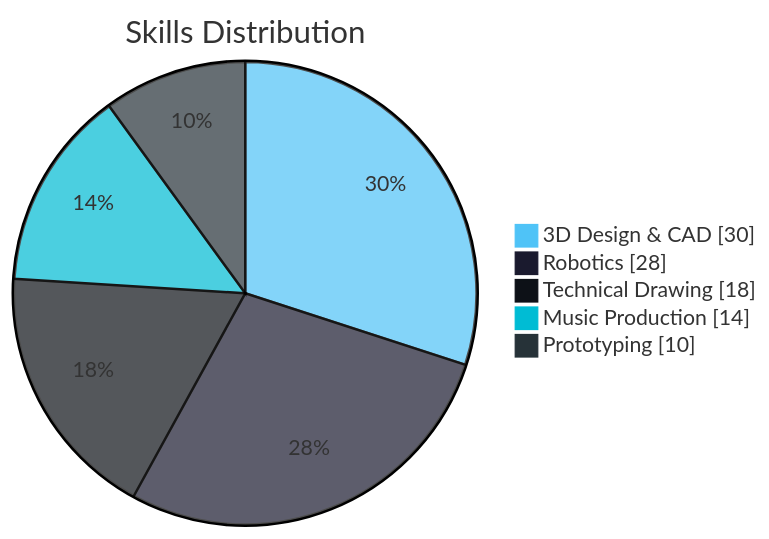
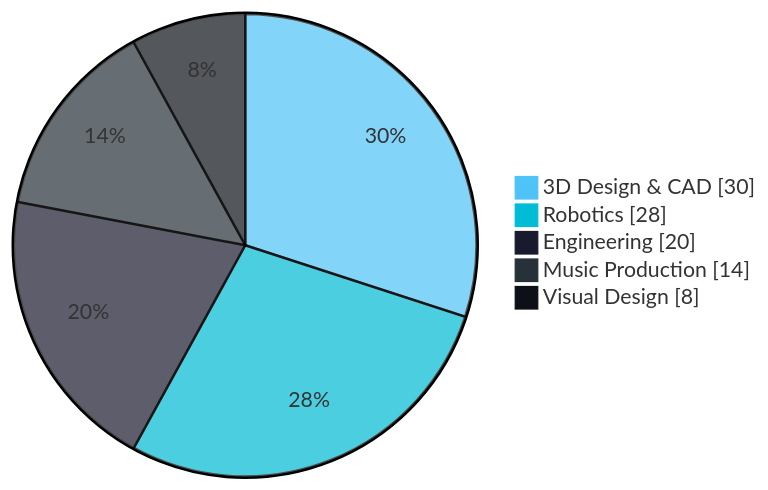
One commit to nasblor/nasblor changed the second of 3 diagrams in readme.md. Above: the diagram before and after it, drawn with Mermaid. The commit also changed other lines of this file, not shown here.

````diff
--- a/readme.md
+++ b/readme.md
@@ -47,10 +85,9 @@
 ```mermaid
-%%{init: {'theme': 'base', 'themeVariables': { 'pie1': '#4FC3F7', 'pie2': '#1a1a2e', 'pie3': '#0D1117', 'pie4': '#00BCD4', 'pie5': '#263238'}}}%%
+%%{init: {'theme': 'base', 'themeVariables': { 'pie1': '#4FC3F7', 'pie2': '#00BCD4', 'pie3': '#1a1a2e', 'pie4': '#263238', 'pie5': '#0D1117'}}}%%
 pie showData
-    title Skills Distribution
     "3D Design & CAD" : 30
     "Robotics" : 28
-    "Technical Drawing" : 18
+    "Engineering" : 20
     "Music Production" : 14
-    "Prototyping" : 10
+    "Visual Design" : 8
 ```
````
